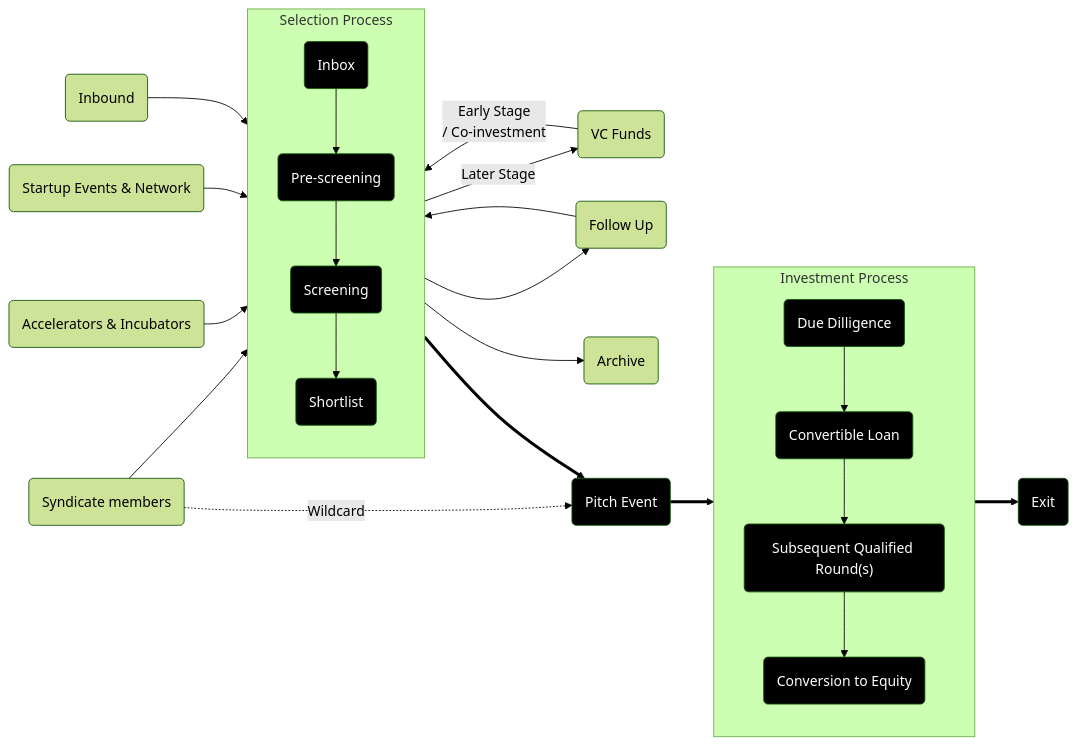
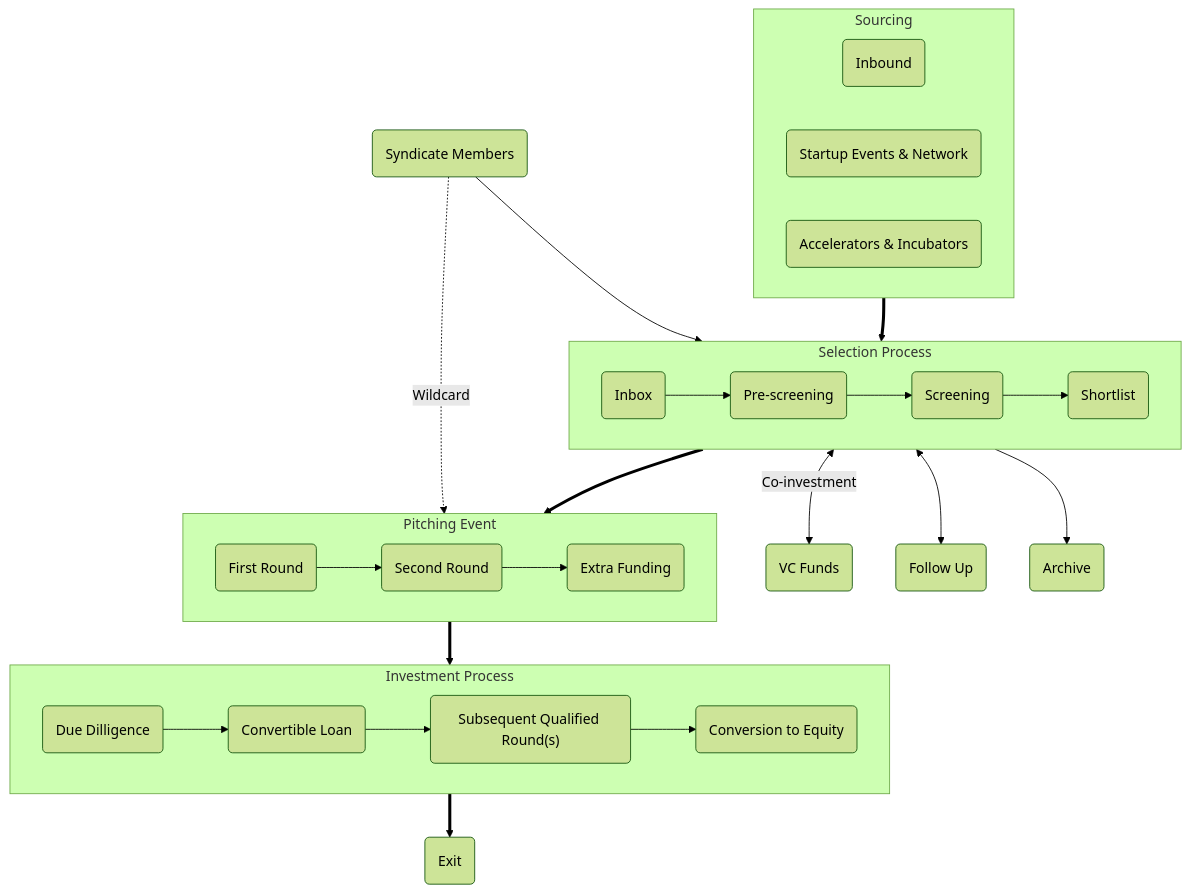
The diagram in content/english/pages/how-we-invest.md (kdsp-net/gluon-web), drawn with Mermaid (forest theme) before and after one commit. The commit also changed other lines of this file and 4 other files, not shown here.

Commit message:
added styles for mermaid, integrated mermaid fork, updated "how we invest" page

````diff
--- a/content/english/pages/how-we-invest.md
+++ b/content/english/pages/how-we-invest.md
@@ -214,66 +11,73 @@
 ```mermaid
 
-flowchart LR
+flowchart TD
 
 inbound("Inbound")
 events("Startup Events & Network")
 accelerators("Accelerators & Incubators")
-members("Syndicate members")
+members("Syndicate Members")
 inbox("Inbox")
 prescreening("Pre-screening")
 screening("Screening")
 shortlist("Shortlist")
 vc("VC Funds")
 followup("Follow Up")
 archive("Archive")
-pitchevent("Pitch Event")
-duedilligence("Due Dilligence")
+firstRound("First Round")
+secondRound("Second Round")
+extraFunding("Extra Funding")
+dueDilligence("Due Dilligence")
 cla("Convertible Loan")
-qualifiedround("Subsequent Qualified Round(s)")
+qualifiedRound("Subsequent Qualified Round(s)")
 conversion("Conversion to Equity")
 exit("Exit")
 
-click inbound callback "Tooltip for Inbound"
+click inbox href "#inbox"
+click prescreening href "#pre-screening"
+click screening href "#screening"
+click shortlist href "#shortlist"
+click firstRound href "#first-round"
+click secondRound href "#second-round"
+click extraFunding href "#extra-funding"
 
+subgraph sourcing ["Sourcing"]
+  inbound
+  events
+  accelerators
+end
+
+sourcing ==> selection
 members --> selection
-members -. Wildcard .-> pitchevent
-accelerators --> selection
-events --> selection
-inbound --> selection
 
 subgraph selection ["Selection Process"]
-    direction TB
-    inbox --> prescreening
-    prescreening --> screening
-    screening --> shortlist
+  direction LR
+  inbox --> prescreening
+  prescreening --> screening
+  screening --> shortlist
 end
 
-selection --> followup
-followup --> selection
+selection <--> followup
+selection ==> event
 selection --> archive
-selection -- "Later Stage" --> vc
-vc -- "Early Stage<br>/ Co-investment" --> selection
-selection ==> pitchevent
-pitchevent ==> investment
+selection <-- "Co-investment" --> vc
+
+members -. "Wildcard" .-> event
+
+subgraph event ["Pitching Event"]
+  direction LR
+  firstRound --> secondRound
+  secondRound --> extraFunding
+end
+
+event ==> investment
 
 subgraph investment ["Investment Process"]
-direction TB
-duedilligence --> cla
-cla --> qualifiedround
-qualifiedround --> conversion
+  direction LR
+  dueDilligence --> cla
+  cla --> qualifiedRound
+  qualifiedRound --> conversion
 end
 
 investment ==> exit    
-    
-style inbox color:#FFFFFF, fill:#000
-style prescreening color:#FFFFFF, fill:#000
-style screening color:#FFFFFF, fill:#000
-style shortlist color:#FFFFFF, fill:#000
-style pitchevent color:#FFFFFF, fill:#000
-style duedilligence color:#FFFFFF, fill:#000
-style cla color:#FFFFFF, fill:#000
-style qualifiedround color:#FFFFFF, fill:#000
-style conversion color:#FFFFFF, fill:#000
-style exit color:#FFFFFF, fill:#000
 
 ```
````
